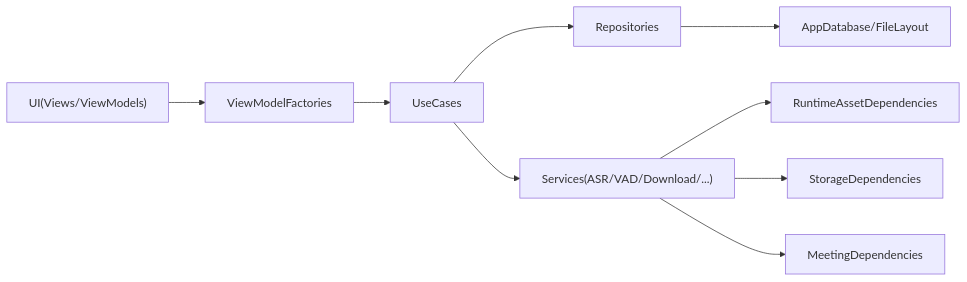
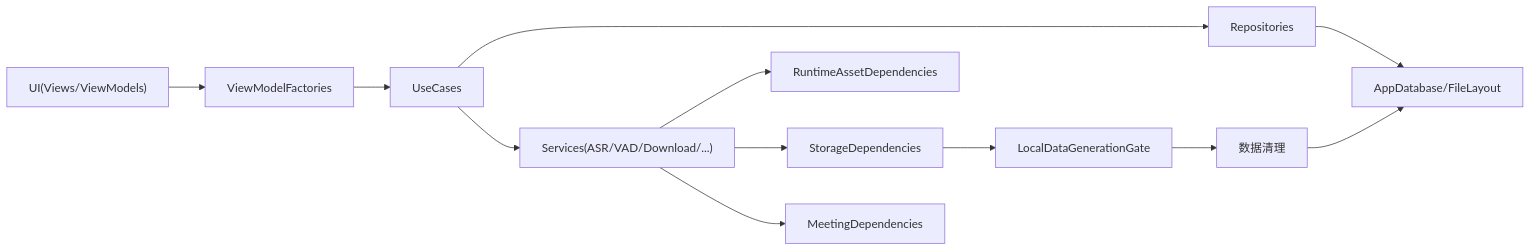
The fourth of 4 diagrams in .qoder/repowiki/zh/content/架构设计/依赖注入.md (zhangheng2022/meet_trace), drawn with Mermaid before and after one commit. The commit also changed other lines of this file and 220 other files, not shown here.

````diff
--- a/.qoder/repowiki/zh/content/架构设计/依赖注入.md
+++ b/.qoder/repowiki/zh/content/架构设计/依赖注入.md
@@ -236,11 +305,14 @@
 ```mermaid
 graph LR
 UI["UI(Views/ViewModels)"] --> Factories["ViewModelFactories"]
 Factories --> UseCases["UseCases"]
 UseCases --> Repos["Repositories"]
 Repos --> DB["AppDatabase/FileLayout"]
 UseCases --> Services["Services(ASR/VAD/Download/...)"]
 Services --> Runtime["RuntimeAssetDependencies"]
 Services --> Storage["StorageDependencies"]
 Services --> Meeting["MeetingDependencies"]
+Storage --> DataGate["LocalDataGenerationGate"]
+DataGate --> Cleanup["数据清理"]
+Cleanup --> DB
 ```
````
